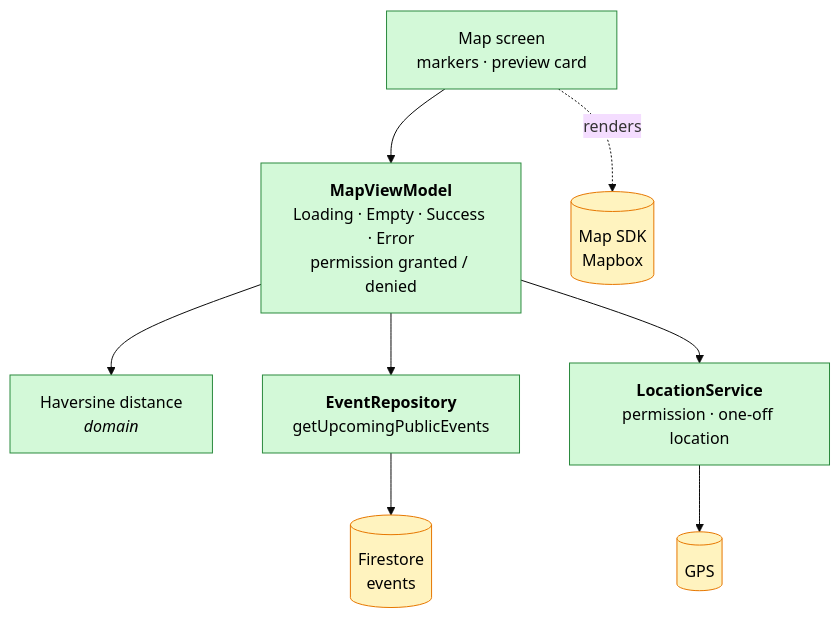
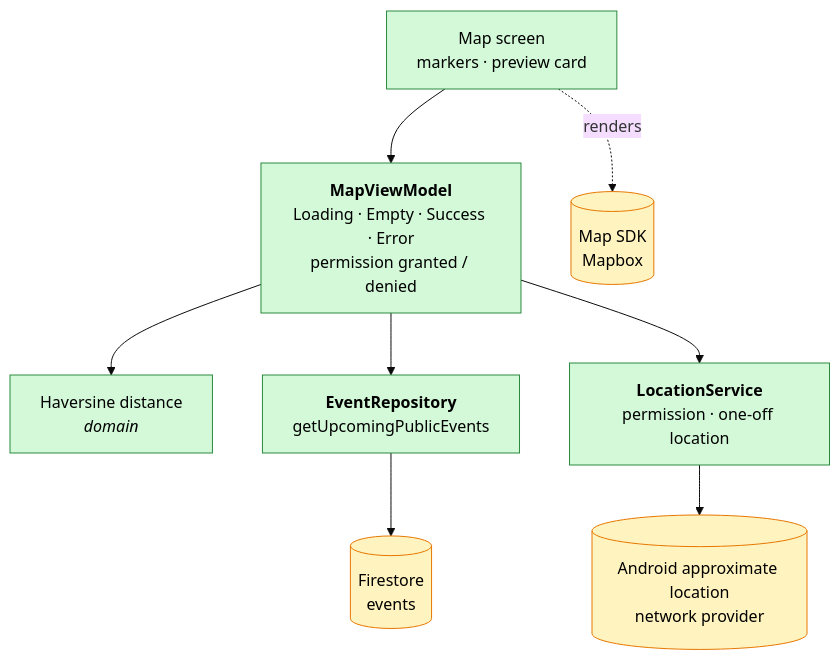
The fourth of 11 diagrams in docs/Architecture-Diagram.md (swent-polysocial/PolySocial), drawn with Mermaid (base theme) before and after one commit. The commit also changed other lines of this file and 3 other files, not shown here.

First line of the commit message:
docs: map the sprint 2 architecture

````diff
--- a/docs/Architecture-Diagram.md
+++ b/docs/Architecture-Diagram.md
@@ -134,13 +128,13 @@
 ```mermaid
 flowchart TB
   classDef s1 fill:#d3f9d8,stroke:#2b8a3e,color:#000
   classDef ext fill:#fff3bf,stroke:#e67700,color:#000
 
   mapS["Map screen<br/>markers · preview card"]:::s1 --> mapVM["<b>MapViewModel</b><br/>Loading · Empty · Success · Error<br/>permission granted / denied"]:::s1
   mapS -. renders .-> maps[("Map SDK<br/>Mapbox")]:::ext
   mapVM --> dist["Haversine distance<br/><i>domain</i>"]:::s1
   mapVM --> ev["<b>EventRepository</b><br/>getUpcomingPublicEvents"]:::s1
   mapVM --> loc["<b>LocationService</b><br/>permission · one-off location"]:::s1
   ev --> fs[("Firestore<br/>events")]:::ext
-  loc --> gps[("GPS")]:::ext
+  loc --> gps[("Android approximate location<br/>network provider")]:::ext
 ```
````
